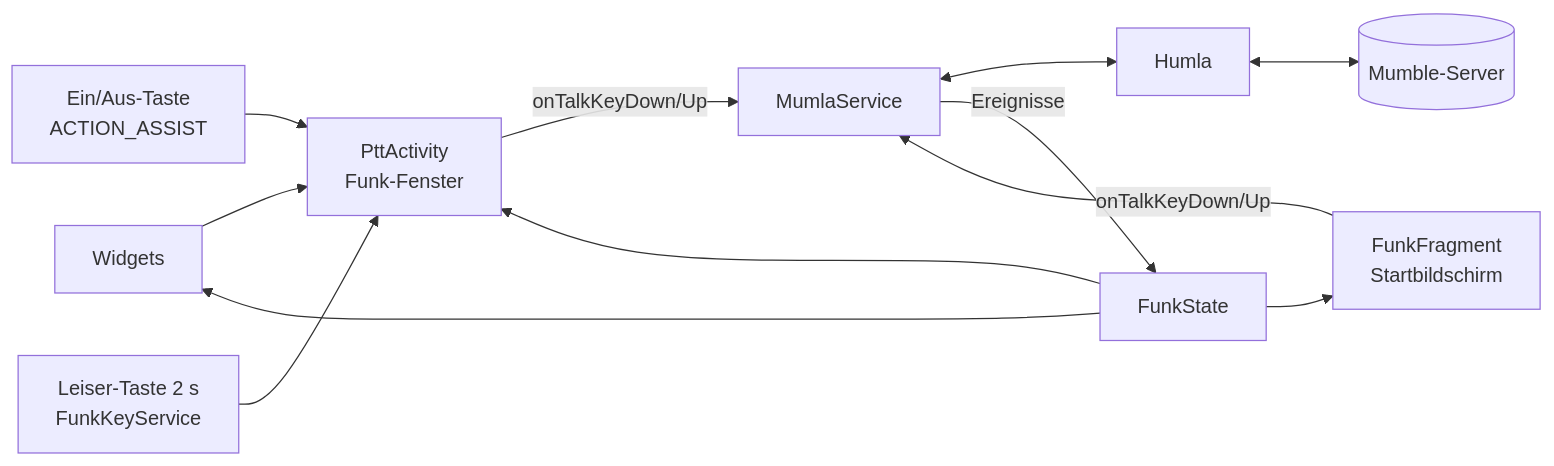
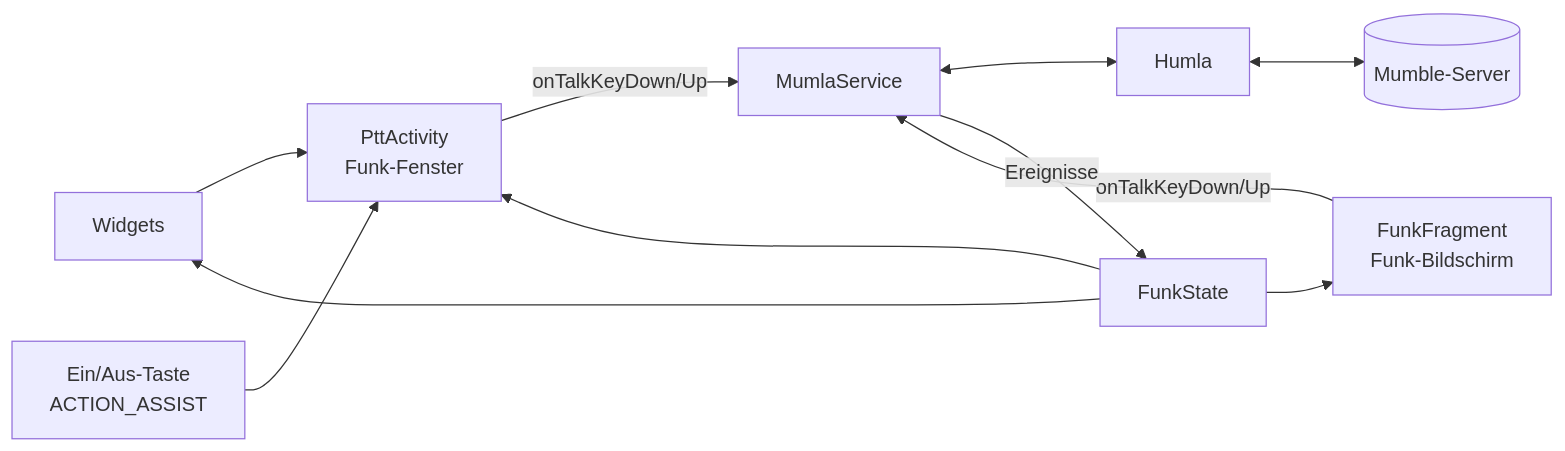
One commit to Filubu/mumla-funk changed the diagram in README.md. Above: the diagram before and after it, drawn with Mermaid. The commit also changed other lines of this file and 6 other files, not shown here.

````diff
--- a/README.md
+++ b/README.md
@@ -173,13 +181,12 @@
 ```mermaid
 flowchart LR
     Widget[Widgets] --> Popup
     Power[Ein/Aus-Taste<br>ACTION_ASSIST] --> Popup
-    Vol[Leiser-Taste 2 s<br>FunkKeyService] --> Popup
     Popup[PttActivity<br>Funk-Fenster] -- onTalkKeyDown/Up --> Service
-    Home[FunkFragment<br>Startbildschirm] -- onTalkKeyDown/Up --> Service
+    Home[FunkFragment<br>Funk-Bildschirm] -- onTalkKeyDown/Up --> Service
     Service[MumlaService] <--> Humla[Humla] <--> Server[(Mumble-Server)]
     Service -- Ereignisse --> State[FunkState]
     State --> Popup
     State --> Home
     State --> Widget
 ```
````
